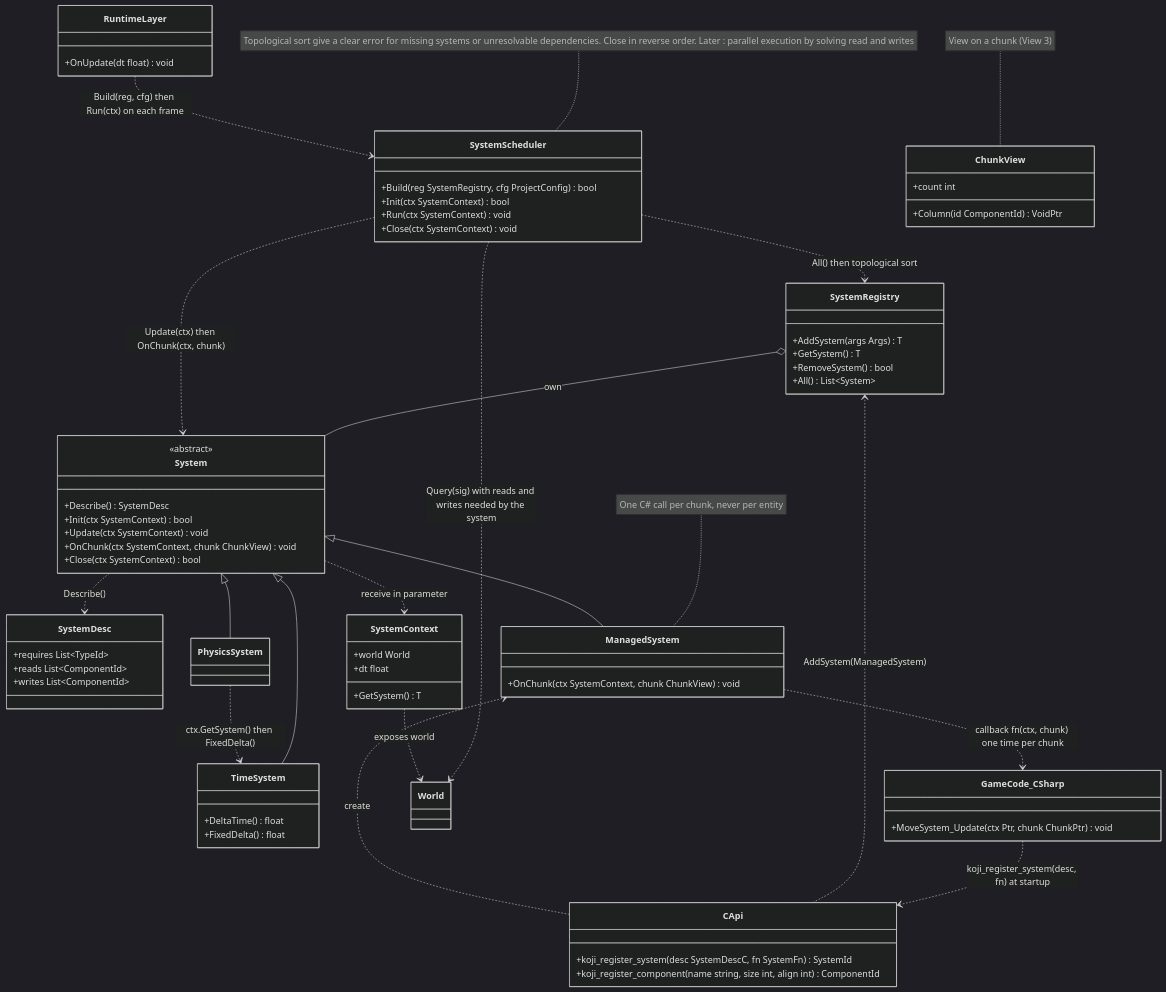
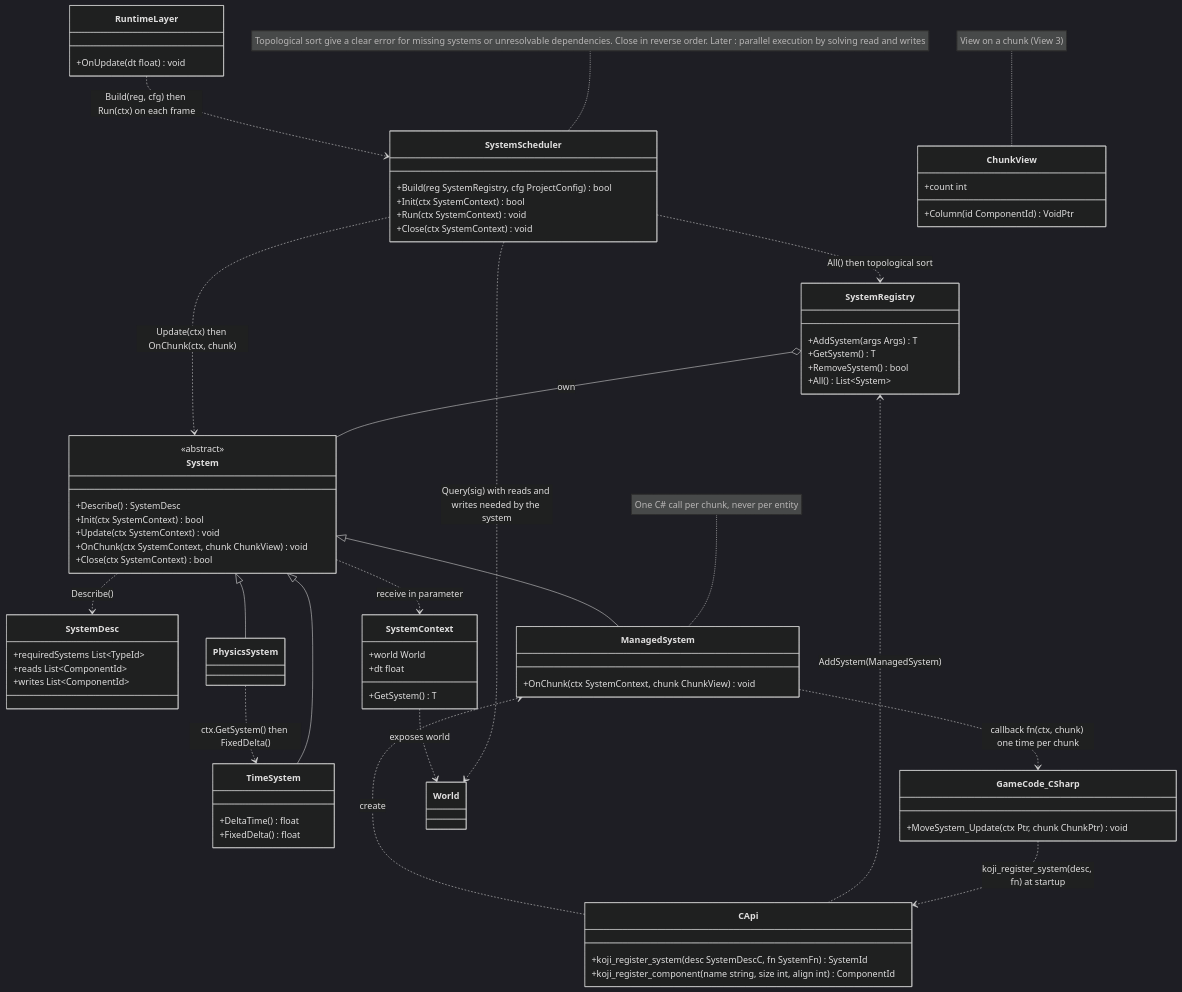
One commit to mathe-man/Koji changed the fourth of 4 diagrams in docs/architecture.md. Above: the diagram before and after it, drawn with Mermaid (dark theme). The commit also changed 7 other files, not shown here.

````diff
--- a/docs/architecture.md
+++ b/docs/architecture.md
@@ -183,76 +183,76 @@
 ```mermaid
 classDiagram
 direction TB
 class RuntimeLayer {
   +OnUpdate(dt float) void
 }
 class SystemScheduler {
   +Build(reg SystemRegistry, cfg ProjectConfig) bool
   +Init(ctx SystemContext) bool
   +Run(ctx SystemContext) void
   +Close(ctx SystemContext) void
 }
 class SystemRegistry {
   +AddSystem(args Args) T
   +GetSystem() T
   +RemoveSystem() bool
   +All() List~System~
 }
 class System {
   <<abstract>>
   +Describe() SystemDesc
   +Init(ctx SystemContext) bool
   +Update(ctx SystemContext) void
   +OnChunk(ctx SystemContext, chunk ChunkView) void
   +Close(ctx SystemContext) bool
 }
 class SystemDesc {
-  +requires List~TypeId~
+  +requiredSystems List~TypeId~
   +reads List~ComponentId~
   +writes List~ComponentId~
 }
 class SystemContext {
   +world World
   +dt float
   +GetSystem() T
 }
 class ChunkView {
   +count int
   +Column(id ComponentId) VoidPtr
 }
 class TimeSystem {
   +DeltaTime() float
   +FixedDelta() float
 }
 class PhysicsSystem
 class ManagedSystem {
   +OnChunk(ctx SystemContext, chunk ChunkView) void
 }
 class CApi {
   +koji_register_system(desc SystemDescC, fn SystemFn) SystemId
   +koji_register_component(name string, size int, align int) ComponentId
 }
 class GameCode_CSharp {
   +MoveSystem_Update(ctx Ptr, chunk ChunkPtr) void
 }
 class World
 RuntimeLayer ..> SystemScheduler : Build(reg, cfg) then Run(ctx) on each frame
 SystemScheduler ..> SystemRegistry : All() then topological sort
 SystemRegistry o-- System : own
 System ..> SystemDesc : Describe()
 SystemScheduler ..> World : Query(sig) with reads and writes needed by the system 
 SystemScheduler ..> System : Update(ctx) then OnChunk(ctx, chunk)
 System ..> SystemContext : receive in parameter
 SystemContext ..> World : exposes world
 System <|-- TimeSystem
 System <|-- PhysicsSystem
 System <|-- ManagedSystem
 PhysicsSystem ..> TimeSystem : ctx.GetSystem() then FixedDelta()
 CApi ..> SystemRegistry : AddSystem(ManagedSystem)
 CApi ..> ManagedSystem : create
 ManagedSystem ..> GameCode_CSharp : callback fn(ctx, chunk) one time per chunk
 GameCode_CSharp ..> CApi : koji_register_system(desc, fn) at startup
 note for SystemScheduler "Topological sort give a clear error for missing systems or unresolvable dependencies. Close in reverse order. Later : parallel execution by solving read and writes"
 note for ChunkView "View on a chunk (View 3)"
 note for ManagedSystem "One C# call per chunk, never per entity"
 ```
````
